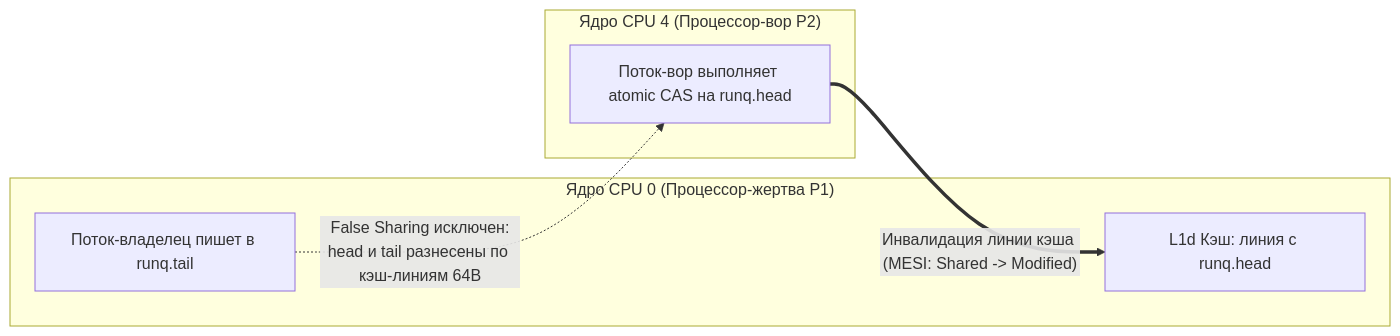
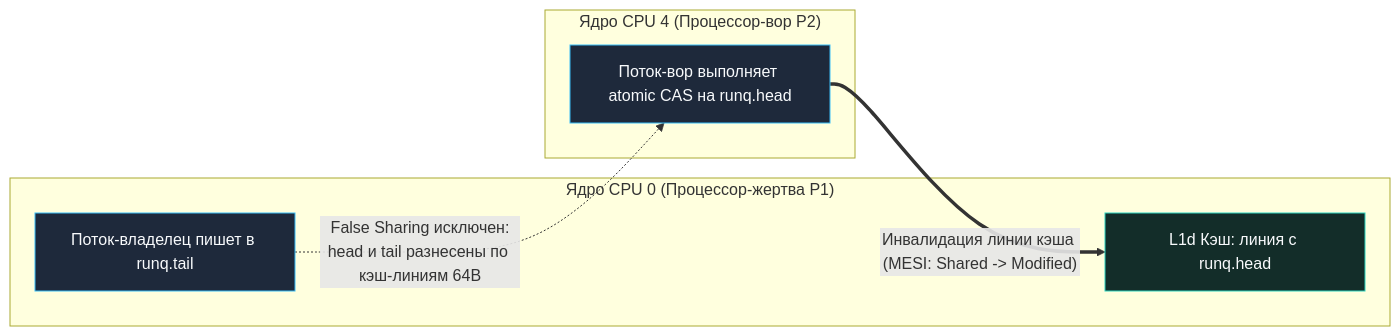
The third of 3 diagrams in sources/16. Профилирование, отладка и производительность/06. Конкурентность/3. Work stealing.md (UnrealTemplier/go-textbook), drawn with Mermaid before and after one commit. The commit also changed other lines of this file and 1666 other files, not shown here.

First line of the commit message:
feat(mermaid): add semantic color classDef to 1369 colorless flowchart/graph diagrams

````diff
--- a/sources/16. Профилирование, отладка и производительность/06. Конкурентность/3. Work stealing.md
+++ b/sources/16. Профилирование, отладка и производительность/06. Конкурентность/3. Work stealing.md
@@ -224,14 +244,24 @@
 ```mermaid
 flowchart LR
+    classDef process  fill:#1e293b,stroke:#38bdf8,stroke-width:1px,color:#f8fafc
+    classDef success  fill:#064e3b,stroke:#34d399,stroke-width:1px,color:#f8fafc
+    classDef error    fill:#7f1d1d,stroke:#f87171,stroke-width:1px,color:#f8fafc
+    classDef warning  fill:#78350f,stroke:#fbbf24,stroke-width:1px,color:#f8fafc
+    classDef entry    fill:#1e3a5f,stroke:#38bdf8,stroke-width:2px,color:#f8fafc
+    classDef aux      fill:#334155,stroke:#64748b,stroke-width:1px,color:#f8fafc
+    classDef system   fill:#312e81,stroke:#a78bfa,stroke-width:1px,color:#f8fafc
+    classDef data     fill:#132d29,stroke:#2dd4bf,stroke-width:1px,color:#f8fafc
+    classDef network  fill:#881337,stroke:#fb7185,stroke-width:1px,color:#f8fafc
+    classDef accent   fill:#1e1b4b,stroke:#818cf8,stroke-width:1px,color:#f8fafc
     subgraph Core0 ["Ядро CPU 0 (Процессор-жертва P1)"]
-        L1_0["L1d Кэш: линия с runq.head"]
-        Owner["Поток-владелец пишет в runq.tail"]
+        L1_0["L1d Кэш: линия с runq.head"]:::data
+        Owner["Поток-владелец пишет в runq.tail"]:::process
     end
 
     subgraph Core4 ["Ядро CPU 4 (Процессор-вор P2)"]
-        Stealer["Поток-вор выполняет atomic CAS на runq.head"]
+        Stealer["Поток-вор выполняет atomic CAS на runq.head"]:::process
     end
 
     Stealer ==>|"Инвалидация линии кэша (MESI: Shared -> Modified)"| L1_0
     Owner -.->|"False Sharing исключен:<br/>head и tail разнесены по кэш-линиям 64B"| Stealer
 ```
````
